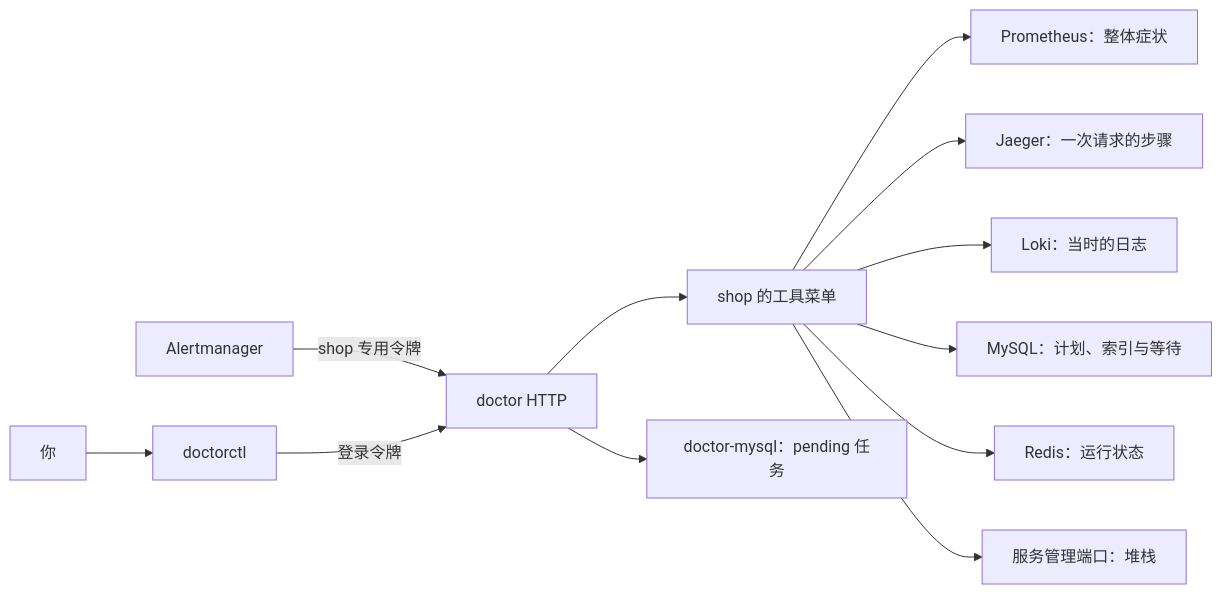
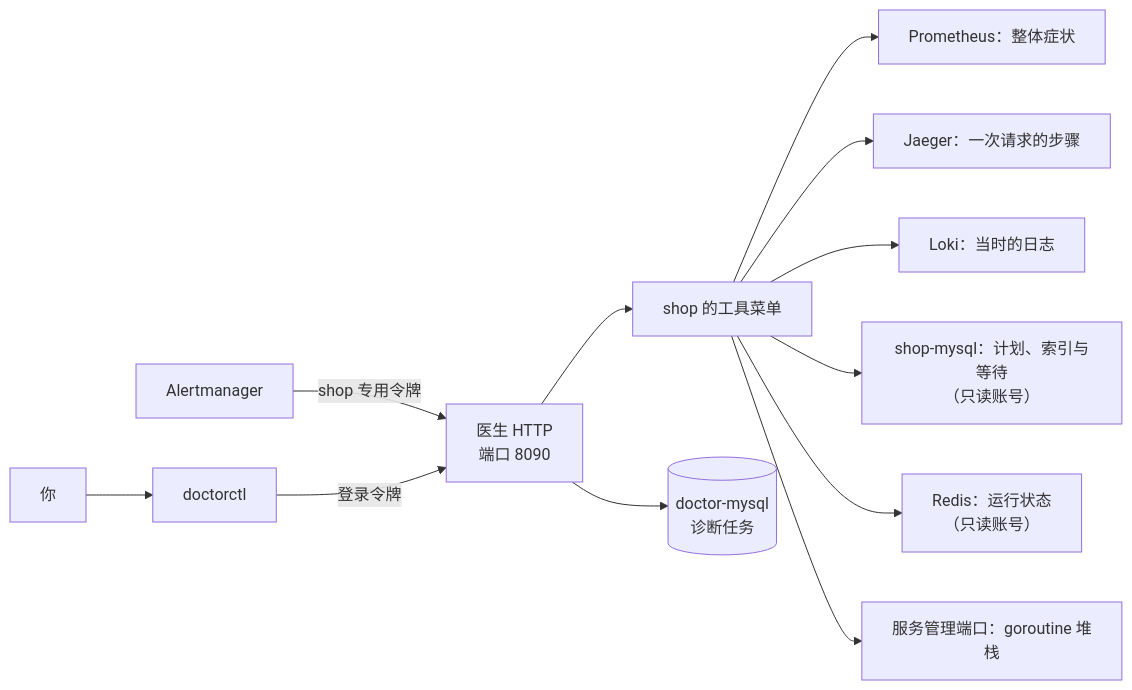
The first of 2 diagrams in docs/learn/phase-05-doctor-tools.md (Li-Nepenthe/opsdoctor), drawn with Mermaid before and after one commit. The commit also changed other lines of this file and 1 other file, not shown here.

````diff
--- a/docs/learn/phase-05-doctor-tools.md
+++ b/docs/learn/phase-05-doctor-tools.md
@@ -17,14 +37,14 @@
 ```mermaid
 flowchart LR
-    AM[Alertmanager] -->|shop 专用令牌| HTTP[doctor HTTP]
+    AM[Alertmanager] -->|"shop 专用令牌"| HTTP["医生 HTTP<br/>端口 8090"]
     U[你] --> CLI[doctorctl]
     CLI -->|登录令牌| HTTP
     HTTP --> T[shop 的工具菜单]
-    HTTP --> DB[doctor-mysql：pending 任务]
+    HTTP --> DB[("doctor-mysql<br/>诊断任务")]
     T --> P[Prometheus：整体症状]
     T --> J[Jaeger：一次请求的步骤]
     T --> L[Loki：当时的日志]
-    T --> M[MySQL：计划、索引与等待]
-    T --> R[Redis：运行状态]
-    T --> G[服务管理端口：堆栈]
+    T --> M["shop-mysql：计划、索引与等待<br/>（只读账号）"]
+    T --> R["Redis：运行状态<br/>（只读账号）"]
+    T --> G[服务管理端口：goroutine 堆栈]
 ```
````
